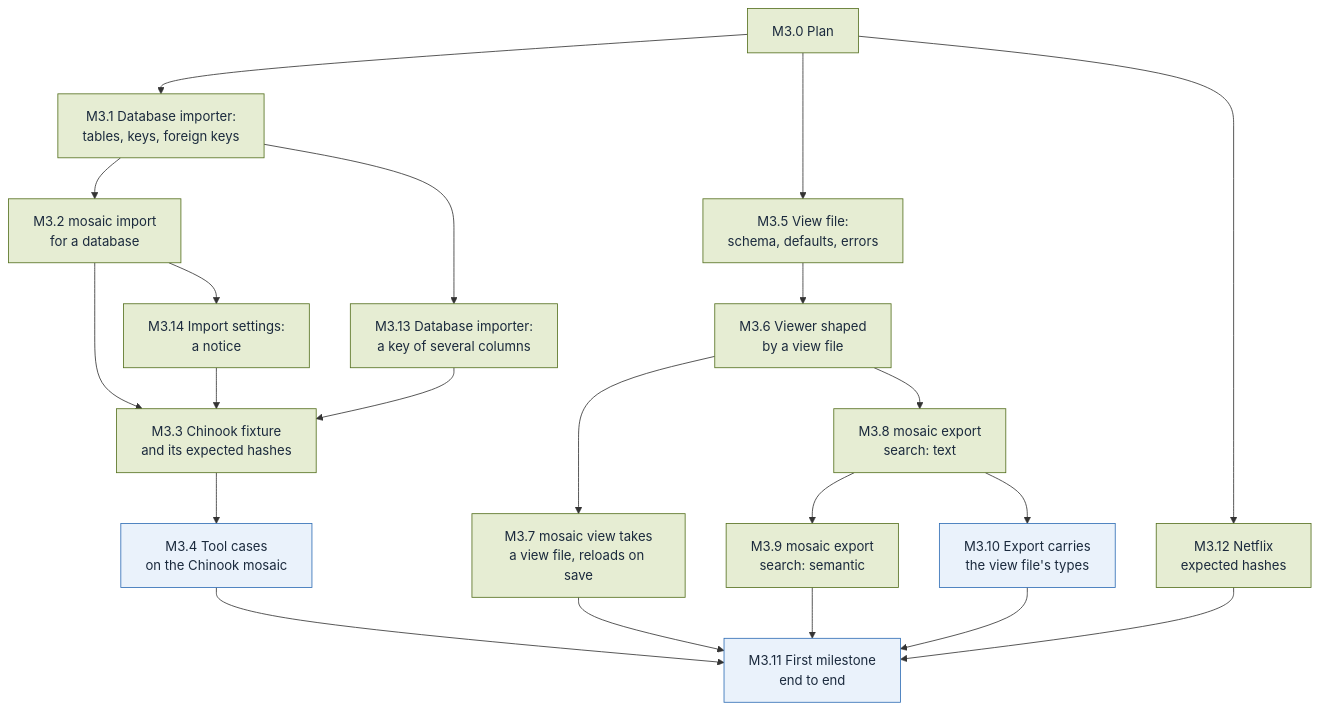
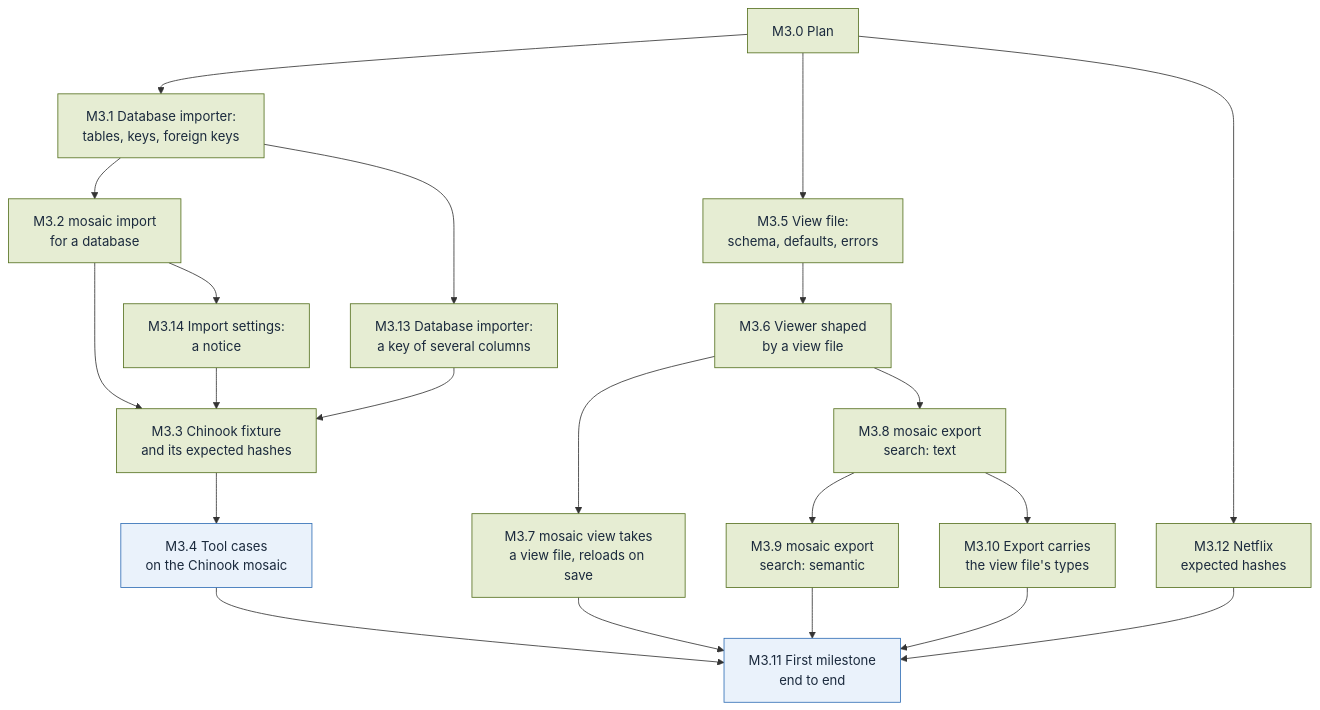
Before and after one commit to alcjor/Mosaic: the diagram in plan/M3.md, drawn with Mermaid. The commit also changed other lines of this file and 12 other files, not shown here.

````diff
--- a/plan/M3.md
+++ b/plan/M3.md
@@ -3,74 +3,74 @@
 ```mermaid
 flowchart TD
   classDef done fill:#E6EDD3,stroke:#55701F,color:#1B2A3D
   classDef todo fill:#EAF2FB,stroke:#2F6DB5,color:#1B2A3D
   classDef parked fill:#FCEFCF,stroke:#F2B630,color:#1B2A3D
   %% One block per slice: its node, then its status (done, todo or parked).
   %% Blank lines keep each status line apart, so two PRs marking two slices merge cleanly.
 
   M3_0["M3.0 Plan"]
   class M3_0 done
 
   M3_1["M3.1 Database importer:<br/>tables, keys, foreign keys"]
   class M3_1 done
 
   M3_2["M3.2 mosaic import<br/>for a database"]
   class M3_2 done
 
   M3_3["M3.3 Chinook fixture<br/>and its expected hashes"]
   class M3_3 done
 
   M3_4["M3.4 Tool cases<br/>on the Chinook mosaic"]
   class M3_4 todo
 
   M3_5["M3.5 View file:<br/>schema, defaults, errors"]
   class M3_5 done
 
   M3_6["M3.6 Viewer shaped<br/>by a view file"]
   class M3_6 done
 
   M3_7["M3.7 mosaic view takes<br/>a view file, reloads on save"]
   class M3_7 done
 
   M3_8["M3.8 mosaic export<br/>search: text"]
   class M3_8 done
 
   M3_9["M3.9 mosaic export<br/>search: semantic"]
   class M3_9 done
 
   M3_10["M3.10 Export carries<br/>the view file's types"]
-  class M3_10 todo
+  class M3_10 done
 
   M3_11["M3.11 First milestone<br/>end to end"]
   class M3_11 todo
 
   M3_12["M3.12 Netflix<br/>expected hashes"]
   class M3_12 done
 
   M3_13["M3.13 Database importer:<br/>a key of several columns"]
   class M3_13 done
 
   M3_14["M3.14 Import settings:<br/>a notice"]
   class M3_14 done
 
   M3_0 --> M3_1
   M3_1 --> M3_2
   M3_2 --> M3_3
   M3_3 --> M3_4
   M3_0 --> M3_5
   M3_5 --> M3_6
   M3_6 --> M3_7
   M3_6 --> M3_8
   M3_8 --> M3_9
   M3_8 --> M3_10
   M3_4 --> M3_11
   M3_7 --> M3_11
   M3_9 --> M3_11
   M3_10 --> M3_11
   M3_0 --> M3_12
   M3_12 --> M3_11
   M3_1 --> M3_13
   M3_13 --> M3_3
   M3_2 --> M3_14
   M3_14 --> M3_3
 ```
````
